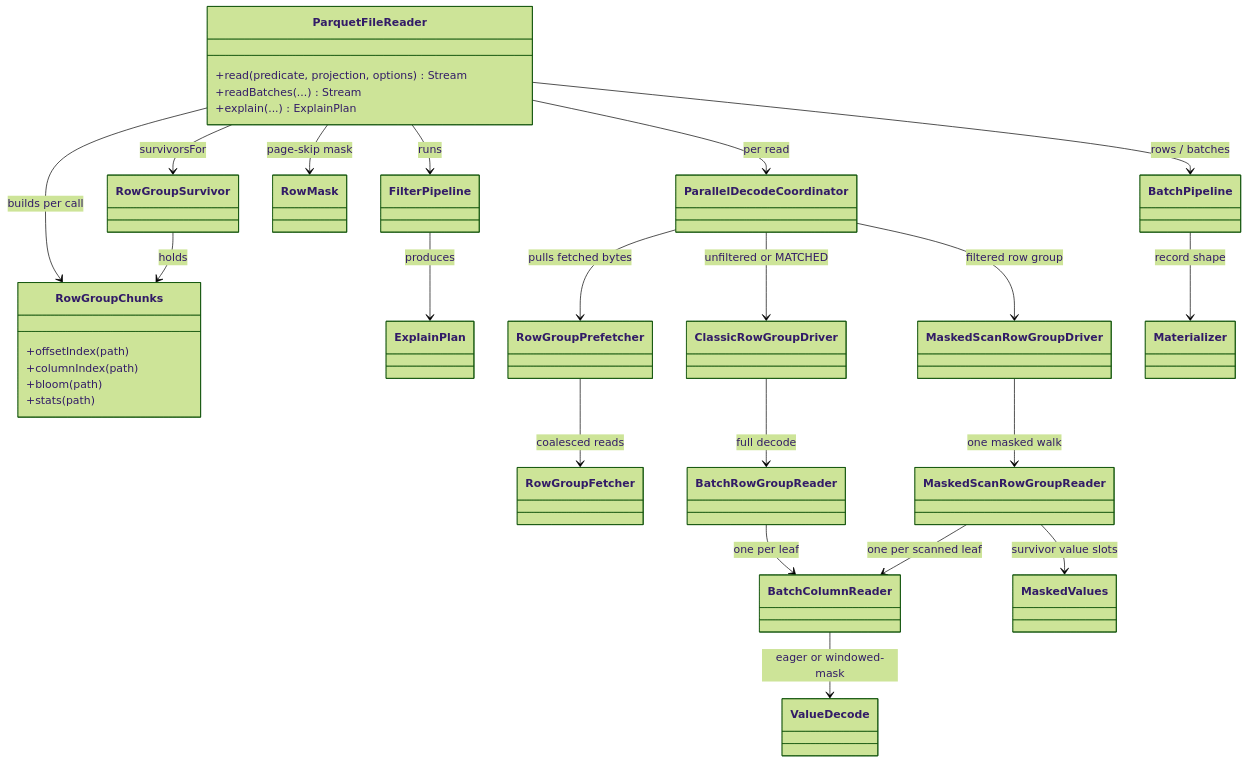
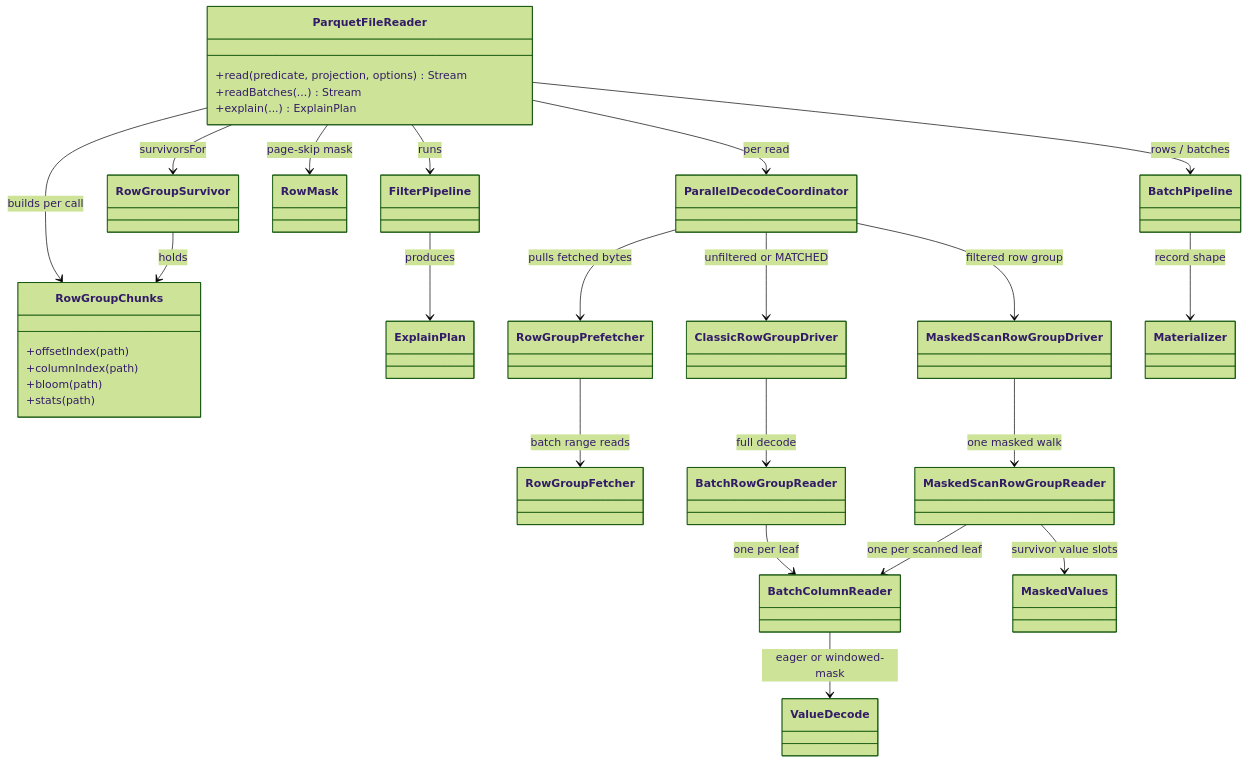
Before and after one commit to tileverse-io/parquetry: the seventh of 7 diagrams in docs/read-path.md, drawn with Mermaid (forest theme). The commit also changed other lines of this file and 6 other files, not shown here.

````diff
--- a/docs/read-path.md
+++ b/docs/read-path.md
@@ -333,50 +334,50 @@
 ```mermaid
 classDiagram
     class ParquetFileReader {
         +read(predicate, projection, options) Stream
         +readBatches(...) Stream
         +explain(...) ExplainPlan
     }
     class RowGroupChunks {
         +offsetIndex(path)
         +columnIndex(path)
         +bloom(path)
         +stats(path)
     }
     class FilterPipeline
     class ExplainPlan
     class RowGroupSurvivor
     class RowMask
     class ParallelDecodeCoordinator
     class RowGroupPrefetcher
     class RowGroupFetcher
     class ClassicRowGroupDriver
     class MaskedScanRowGroupDriver
     class BatchRowGroupReader
     class MaskedScanRowGroupReader
     class BatchColumnReader
     class ValueDecode
     class MaskedValues
     class BatchPipeline
     class Materializer
 
     ParquetFileReader --> RowGroupChunks : builds per call
     ParquetFileReader --> FilterPipeline : runs
     FilterPipeline --> ExplainPlan : produces
     ParquetFileReader --> RowGroupSurvivor : survivorsFor
     RowGroupSurvivor --> RowGroupChunks : holds
     ParquetFileReader --> RowMask : page-skip mask
     ParquetFileReader --> ParallelDecodeCoordinator : per read
     ParallelDecodeCoordinator --> RowGroupPrefetcher : pulls fetched bytes
-    RowGroupPrefetcher --> RowGroupFetcher : coalesced reads
+    RowGroupPrefetcher --> RowGroupFetcher : batch range reads
     ParallelDecodeCoordinator --> ClassicRowGroupDriver : unfiltered or MATCHED
     ParallelDecodeCoordinator --> MaskedScanRowGroupDriver : filtered row group
     ClassicRowGroupDriver --> BatchRowGroupReader : full decode
     MaskedScanRowGroupDriver --> MaskedScanRowGroupReader : one masked walk
     BatchRowGroupReader --> BatchColumnReader : one per leaf
     MaskedScanRowGroupReader --> BatchColumnReader : one per scanned leaf
     MaskedScanRowGroupReader --> MaskedValues : survivor value slots
     BatchColumnReader --> ValueDecode : eager or windowed-mask
     ParquetFileReader --> BatchPipeline : rows / batches
     BatchPipeline --> Materializer : record shape
 ```
````
